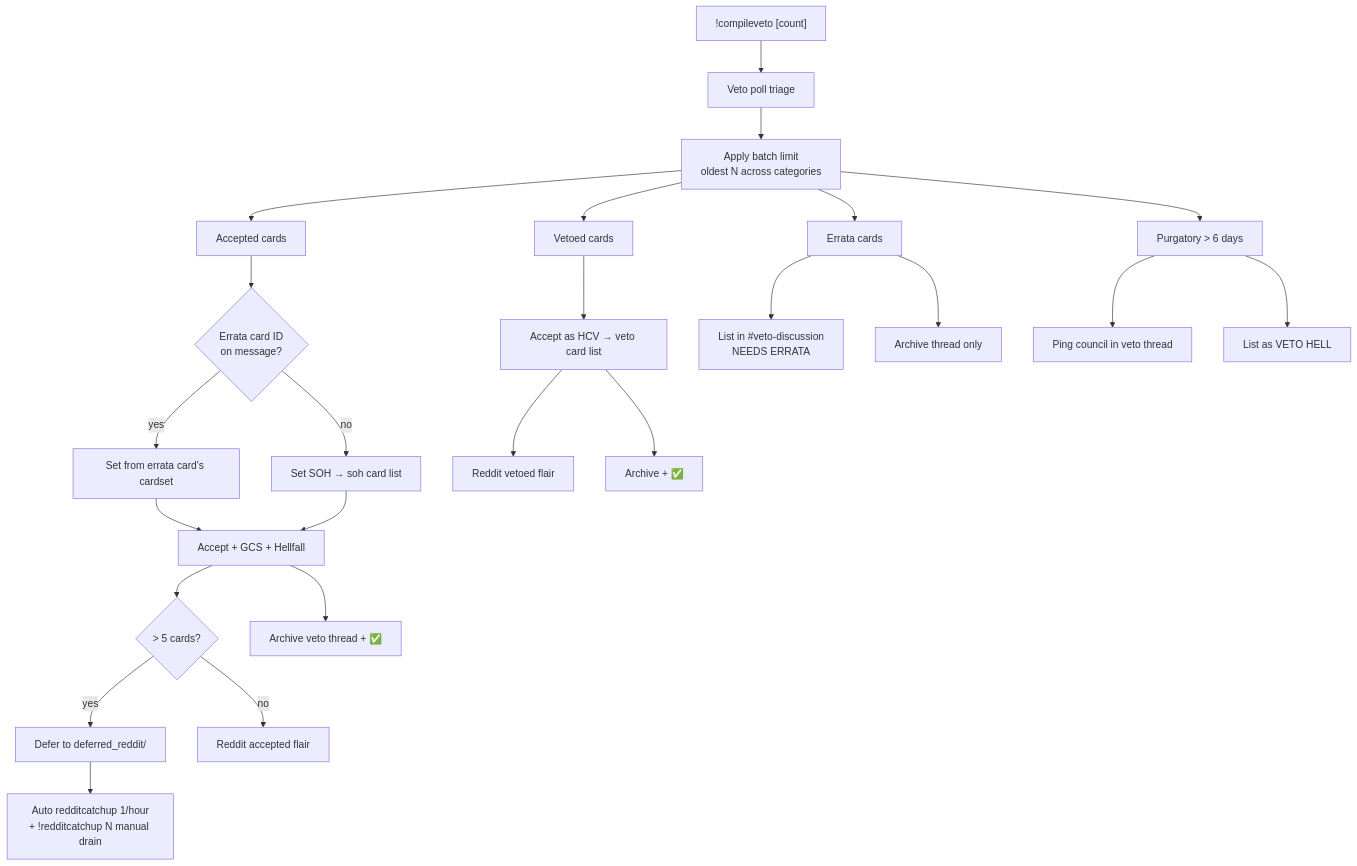
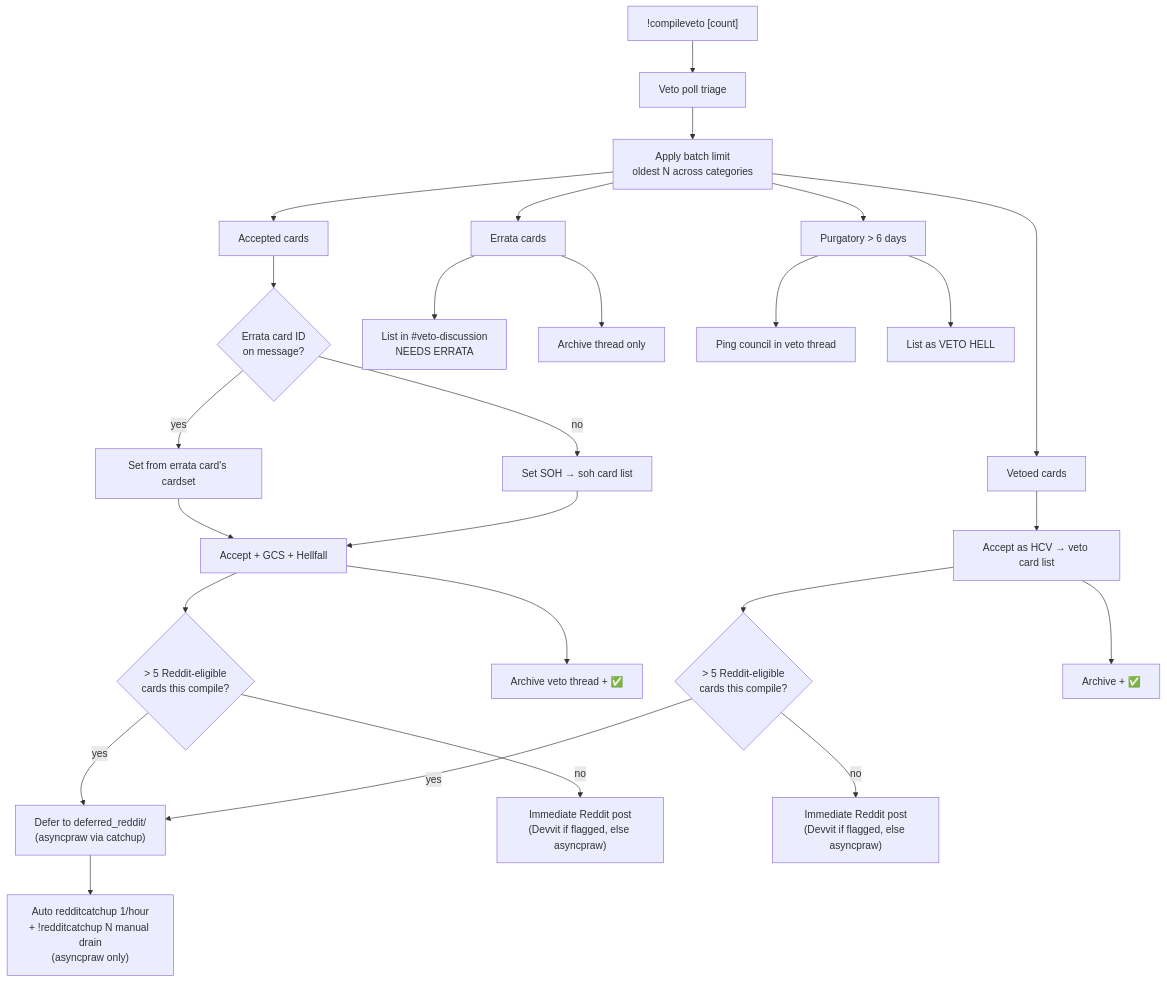
One commit to bones-bones/mork changed the fifth of 6 diagrams in docs/card-flows/veto.md. Above: the diagram before and after it, drawn with Mermaid. The commit also changed other lines of this file and 22 other files, not shown here.

First line of the commit message:
Add Devvit stage-1 Reddit migration with hellscube-bridge app.

````diff
--- a/docs/card-flows/veto.md
+++ b/docs/card-flows/veto.md
@@ -101,31 +101,33 @@
 ```mermaid
 flowchart TD
   CMD["!compileveto [count]"] --> TRI["Veto poll triage"]
   TRI --> LIM["Apply batch limit<br/>oldest N across categories"]
 
   LIM --> ACC["Accepted cards"]
   ACC --> AC1{"Errata card ID<br/>on message?"}
   AC1 -->|yes| SET1["Set from errata card's cardset"]
   AC1 -->|no| SET2["Set SOH → soh card list"]
   SET1 --> AC1B["Accept + GCS + Hellfall"]
   SET2 --> AC1B
-  AC1B --> RD1{"> 5 cards?"}
-  RD1 -->|yes| DEF["Defer to deferred_reddit/"]
-  RD1 -->|no| RED1["Reddit accepted flair"]
+  AC1B --> RD1{"> 5 Reddit-eligible<br/>cards this compile?"}
+  RD1 -->|yes| DEF["Defer to deferred_reddit/<br/>(asyncpraw via catchup)"]
+  RD1 -->|no| RED1["Immediate Reddit post<br/>(Devvit if flagged, else asyncpraw)"]
   AC1B --> ARC1["Archive veto thread + ✅"]
 
   LIM --> VET["Vetoed cards"]
   VET --> AC2["Accept as HCV → veto card list"]
-  AC2 --> RED2["Reddit vetoed flair"]
+  AC2 --> RD2{"> 5 Reddit-eligible<br/>cards this compile?"}
+  RD2 -->|yes| DEF
+  RD2 -->|no| RED2["Immediate Reddit post<br/>(Devvit if flagged, else asyncpraw)"]
   AC2 --> ARC2["Archive + ✅"]
 
   LIM --> ERR["Errata cards"]
   ERR --> LIST["List in #veto-discussion<br/>NEEDS ERRATA"]
   ERR --> ARC3["Archive thread only"]
 
   LIM --> PUR["Purgatory > 6 days"]
   PUR --> PING["Ping council in veto thread"]
   PUR --> HELL["List as VETO HELL"]
 
-  DEF --> CATCH["Auto redditcatchup 1/hour<br/>+ !redditcatchup N manual drain"]
+  DEF --> CATCH["Auto redditcatchup 1/hour<br/>+ !redditcatchup N manual drain<br/>(asyncpraw only)"]
 ```
````
